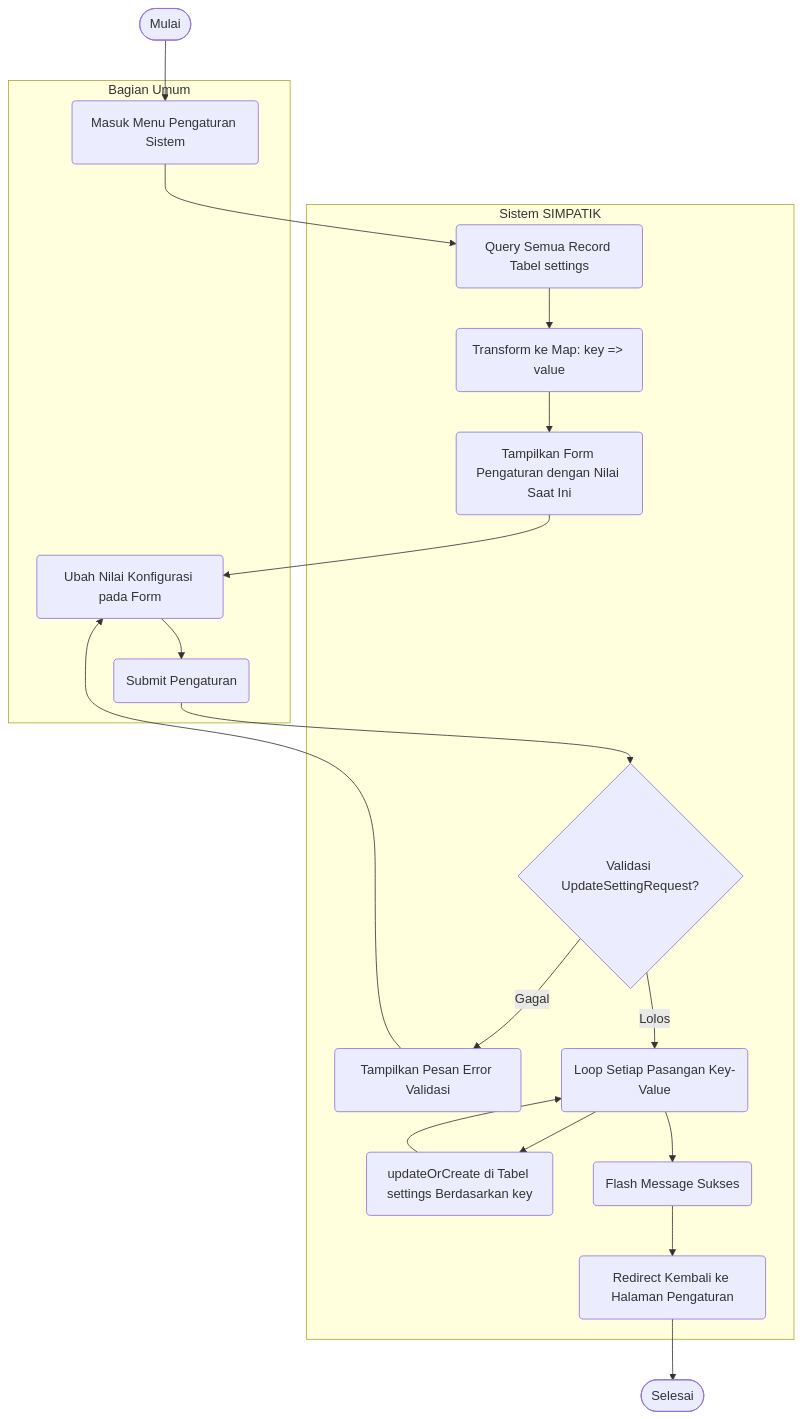
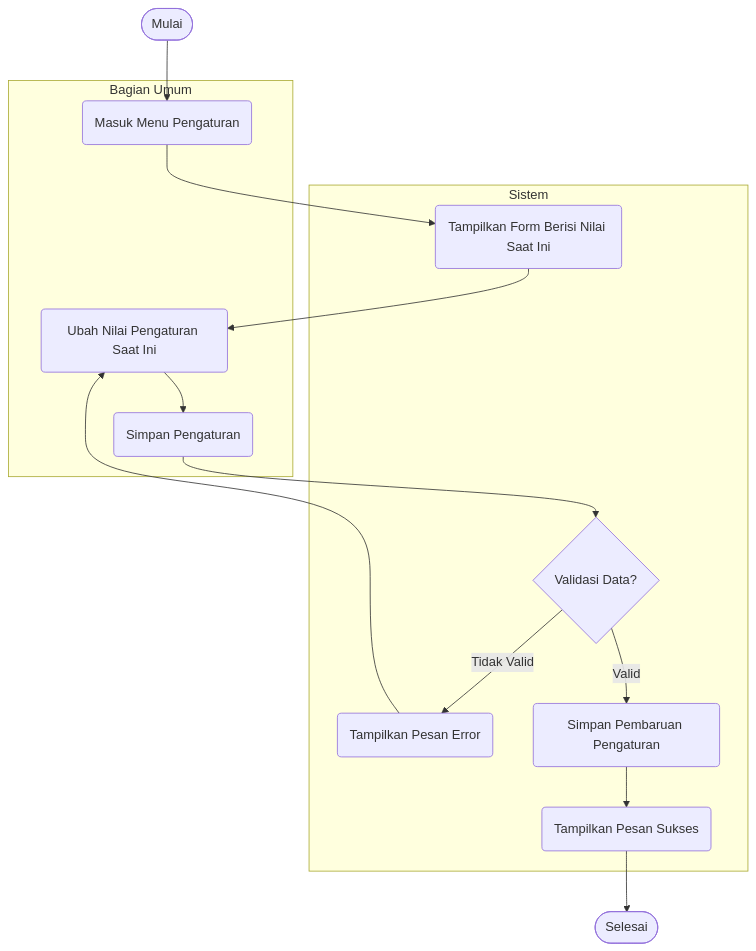
One commit to wahyu2021/SIMPATIK changed the sixth of 14 diagrams in laporan_activity_diagram.md. Above: the diagram before and after it, drawn with Mermaid. The commit also changed other lines of this file and 34 other files, not shown here.

````diff
--- a/laporan_activity_diagram.md
+++ b/laporan_activity_diagram.md
@@ -303,41 +230,32 @@
 ```mermaid
 flowchart TD
     Start([Mulai])
     End([Selesai])
 
     subgraph BagianUmum [Bagian Umum]
-        A(Masuk Menu Pengaturan Sistem)
-        B(Ubah Nilai Konfigurasi pada Form)
-        C(Submit Pengaturan)
+        A(Masuk Menu Pengaturan)
+        B(Ubah Nilai Pengaturan Saat Ini)
+        C(Simpan Pengaturan)
     end
 
-    subgraph Sistem [Sistem SIMPATIK]
-        D(Query Semua Record Tabel settings)
-        E(Transform ke Map: key => value)
-        F(Tampilkan Form Pengaturan dengan Nilai Saat Ini)
-        G{Validasi UpdateSettingRequest?}
-        H(Tampilkan Pesan Error Validasi)
-        I(Loop Setiap Pasangan Key-Value)
-        J(updateOrCreate di Tabel settings Berdasarkan key)
-        K(Flash Message Sukses)
-        L(Redirect Kembali ke Halaman Pengaturan)
+    subgraph Sistem
+        D(Tampilkan Form Berisi Nilai Saat Ini)
+        E{Validasi Data?}
+        F(Tampilkan Pesan Error)
+        G(Simpan Pembaruan Pengaturan)
+        H(Tampilkan Pesan Sukses)
     end
 
     Start --> A
     A --> D
-    D --> E
-    E --> F
+    D --> B
+    B --> C
+    C --> E
+
+    E -- Tidak Valid --> F
     F --> B
-    B --> C
-    C --> G
 
-    G -- Gagal --> H
-    H --> B
-
-    G -- Lolos --> I
-    I --> J
-    J --> I
-    I --> K
-    K --> L
-    L --> End
+    E -- Valid --> G
+    G --> H
+    H --> End
 ```
````
